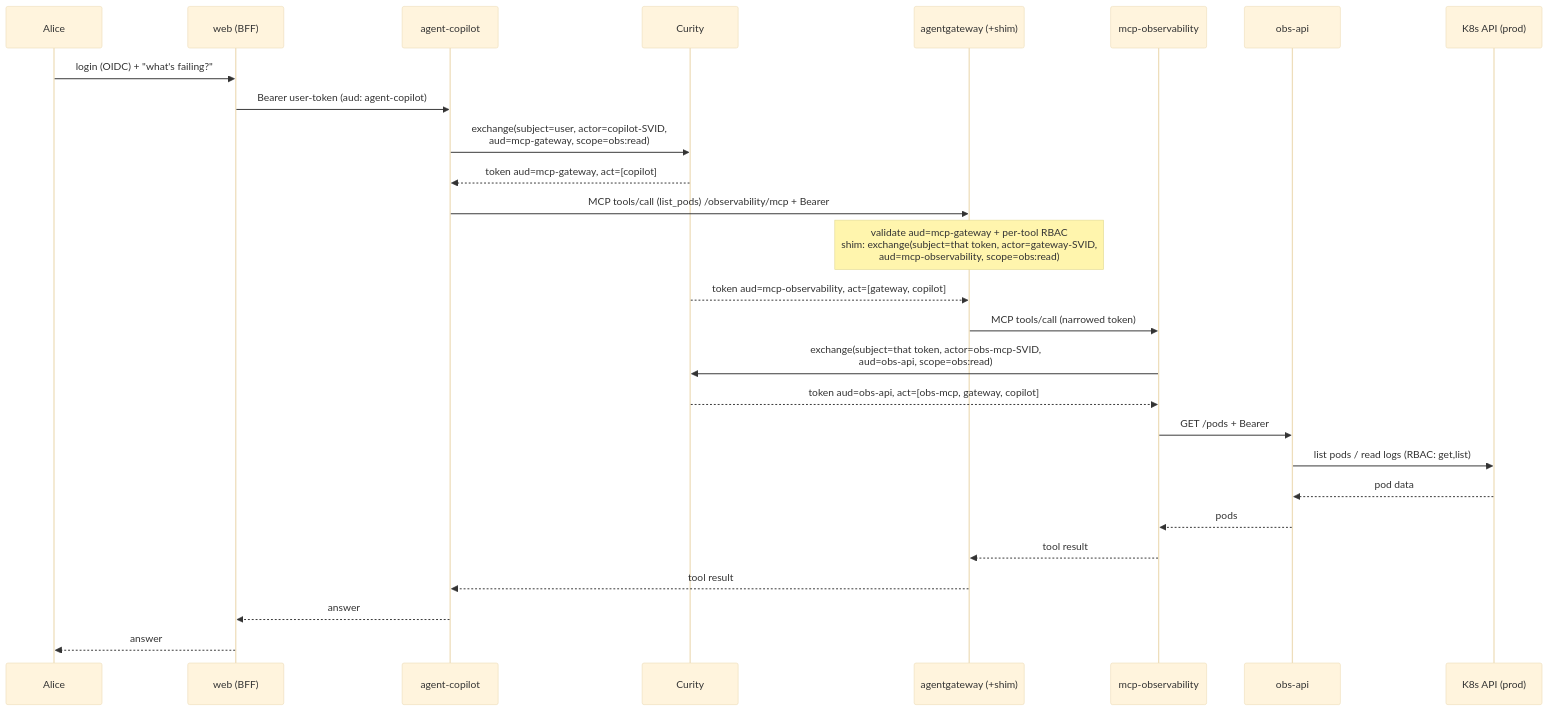
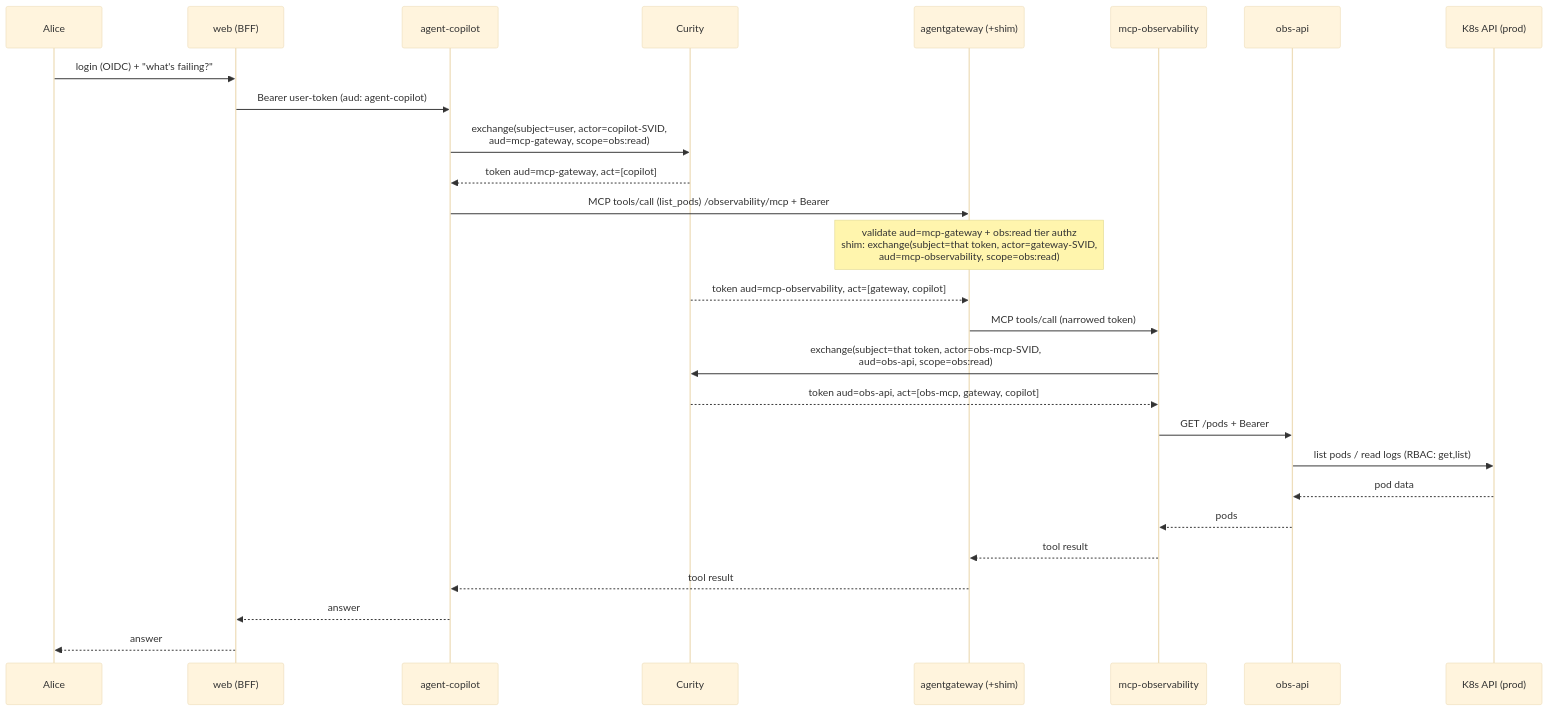
One commit to curityio/ai-agents-auth-demo changed the second of 4 diagrams in docs/architecture.md. Above: the diagram before and after it, drawn with Mermaid (base theme). The commit also changed other lines of this file and 4 other files, not shown here.

First line of the commit message:
docs: sync architecture/design/demo/seed/readme with agentgateway as-built

````diff
--- a/docs/architecture.md
+++ b/docs/architecture.md
@@ -175,30 +175,30 @@
 ```mermaid
 sequenceDiagram
     participant U as Alice
     participant W as web (BFF)
     participant A1 as agent-copilot
     participant Cu as Curity
     participant GW as agentgateway (+shim)
     participant M1 as mcp-observability
     participant B1 as obs-api
     participant K as K8s API (prod)
 
     U->>W: login (OIDC) + "what's failing?"
     W->>A1: Bearer user-token (aud: agent-copilot)
     A1->>Cu: exchange(subject=user, actor=copilot-SVID,<br/>aud=mcp-gateway, scope=obs:read)
     Cu-->>A1: token aud=mcp-gateway, act=[copilot]
     A1->>GW: MCP tools/call (list_pods) /observability/mcp + Bearer
-    Note over GW: validate aud=mcp-gateway + per-tool RBAC<br/>shim: exchange(subject=that token, actor=gateway-SVID,<br/>aud=mcp-observability, scope=obs:read)
+    Note over GW: validate aud=mcp-gateway + obs:read tier authz<br/>shim: exchange(subject=that token, actor=gateway-SVID,<br/>aud=mcp-observability, scope=obs:read)
     Cu-->>GW: token aud=mcp-observability, act=[gateway, copilot]
     GW->>M1: MCP tools/call (narrowed token)
     M1->>Cu: exchange(subject=that token, actor=obs-mcp-SVID,<br/>aud=obs-api, scope=obs:read)
     Cu-->>M1: token aud=obs-api, act=[obs-mcp, gateway, copilot]
     M1->>B1: GET /pods + Bearer
     B1->>K: list pods / read logs (RBAC: get,list)
     K-->>B1: pod data
     B1-->>M1: pods
     M1-->>GW: tool result
     GW-->>A1: tool result
     A1-->>W: answer
     W-->>U: answer
 ```
````
